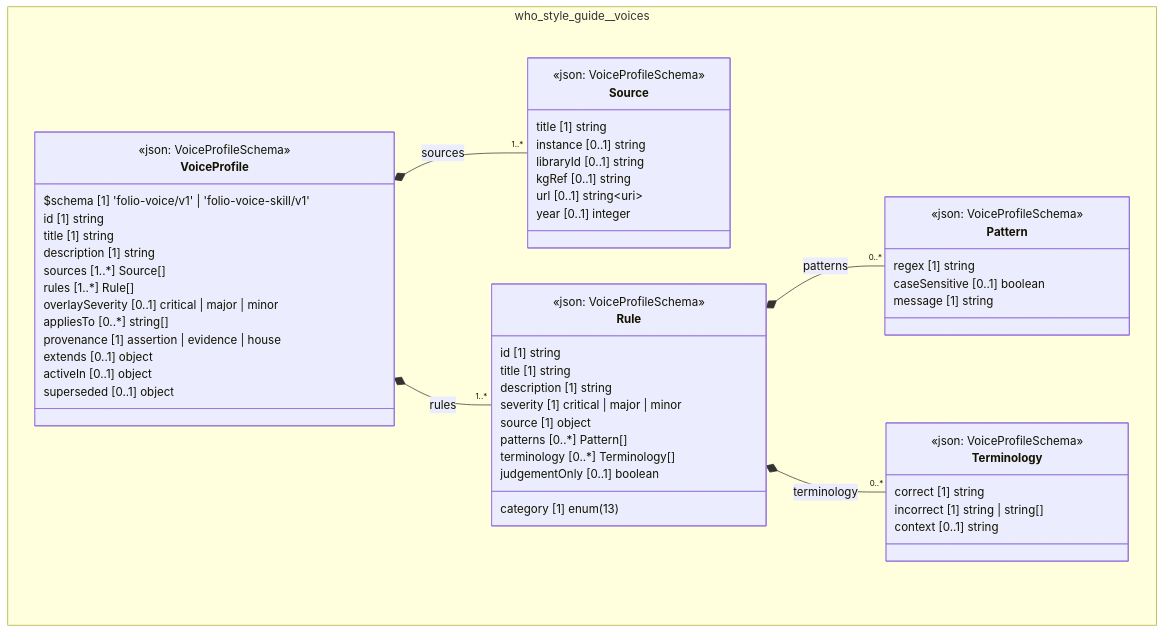
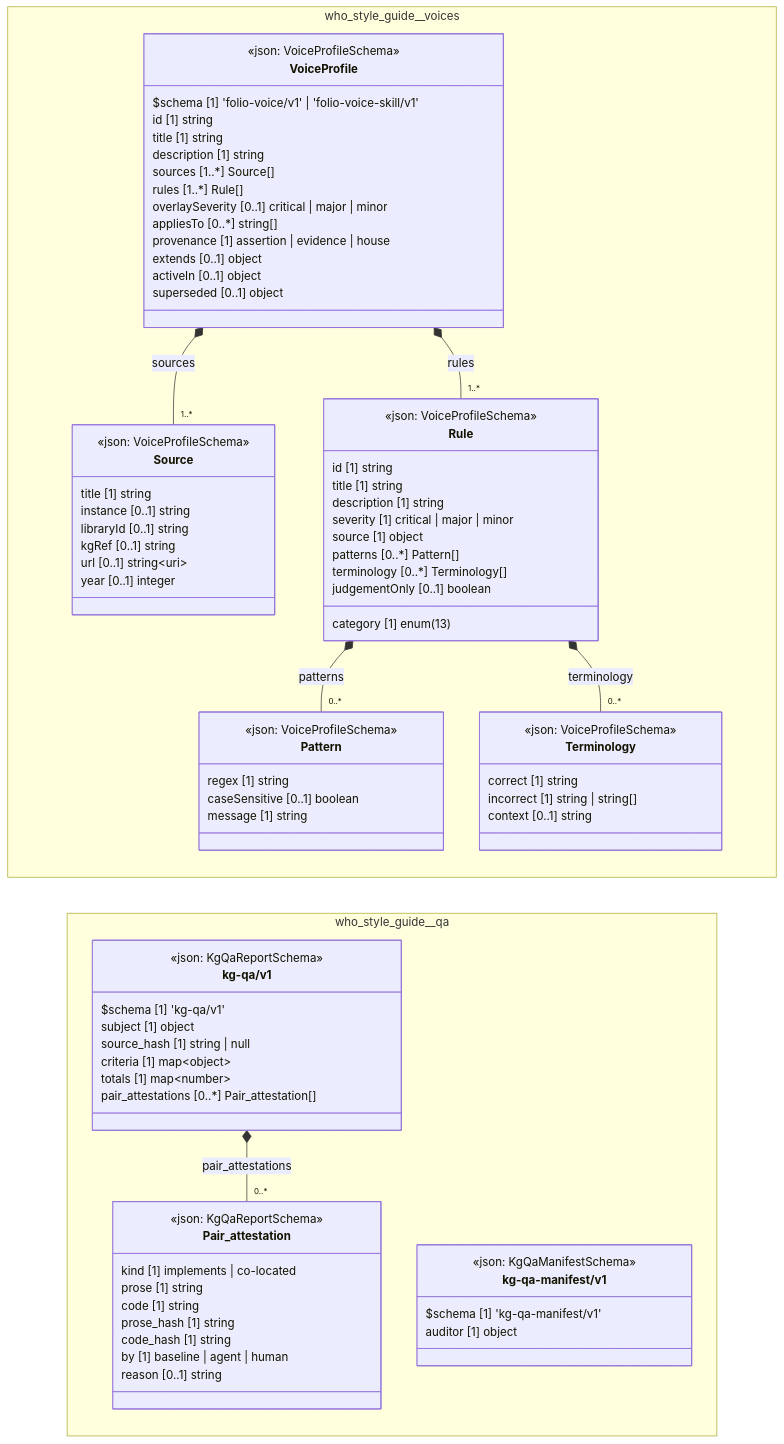
Before and after one commit to litlfred/folio-assistant: the diagram in cat-harness/docs/uml/overview/who-style-guide.md, drawn with Mermaid. The commit also changed other lines of this file and 275 other files, not shown here.

````diff
--- a/cat-harness/docs/uml/overview/who-style-guide.md
+++ b/cat-harness/docs/uml/overview/who-style-guide.md
@@ -42,6 +44,6 @@
 ```mermaid
 classDiagram
-  direction TB
+  direction LR
   namespace who_style_guide__voices {
     class who_style_guide_voices_Source["Source"] {
       <<json: VoiceProfileSchema>>
@@ -92,6 +94,32 @@
       superseded [0..1] object
     }
   }
+  namespace who_style_guide__qa {
+    class who_style_guide_qa_kg_qa_v1_Pair_attestation["Pair_attestation"] {
+      <<json: KgQaReportSchema>>
+      kind [1] implements | co-located
+      prose [1] string
+      code [1] string
+      prose_hash [1] string
+      code_hash [1] string
+      by [1] baseline | agent | human
+      reason [0..1] string
+    }
+    class who_style_guide_qa_kg_qa_v1_kg_qa_v1["kg-qa/v1"] {
+      <<json: KgQaReportSchema>>
+      $schema [1] 'kg-qa/v1'
+      subject [1] object
+      source_hash [1] string | null
+      criteria [1] map~object~
+      totals [1] map~number~
+      pair_attestations [0..*] Pair_attestation[]
+    }
+    class who_style_guide_qa_kg_qa_manifest_v1_kg_qa_manifest_v1["kg-qa-manifest/v1"] {
+      <<json: KgQaManifestSchema>>
+      $schema [1] 'kg-qa-manifest/v1'
+      auditor [1] object
+    }
+  }
   who_style_guide_voices_VoiceProfile *-- "1..*" who_style_guide_voices_Source : sources
   who_style_guide_voices_Rule *-- "0..*" who_style_guide_voices_Pattern : patterns
   who_style_guide_voices_Rule *-- "0..*" who_style_guide_voices_Terminology : terminology
@@ -101,4 +129,8 @@
   cssClass "who_style_guide_voices_Terminology" fa_uml_kind_voices
   cssClass "who_style_guide_voices_Rule" fa_uml_kind_voices
   cssClass "who_style_guide_voices_VoiceProfile" fa_uml_kind_voices
+  who_style_guide_qa_kg_qa_v1_kg_qa_v1 *-- "0..*" who_style_guide_qa_kg_qa_v1_Pair_attestation : pair_attestations
+  cssClass "who_style_guide_qa_kg_qa_v1_Pair_attestation" fa_uml_kind_qa
+  cssClass "who_style_guide_qa_kg_qa_v1_kg_qa_v1" fa_uml_kind_qa
+  cssClass "who_style_guide_qa_kg_qa_manifest_v1_kg_qa_manifest_v1" fa_uml_kind_qa
 ```
````
